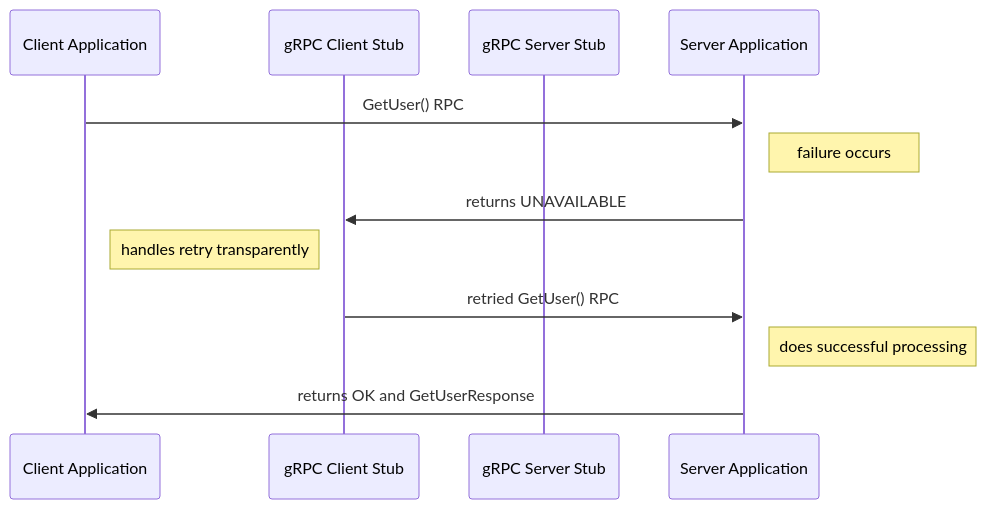
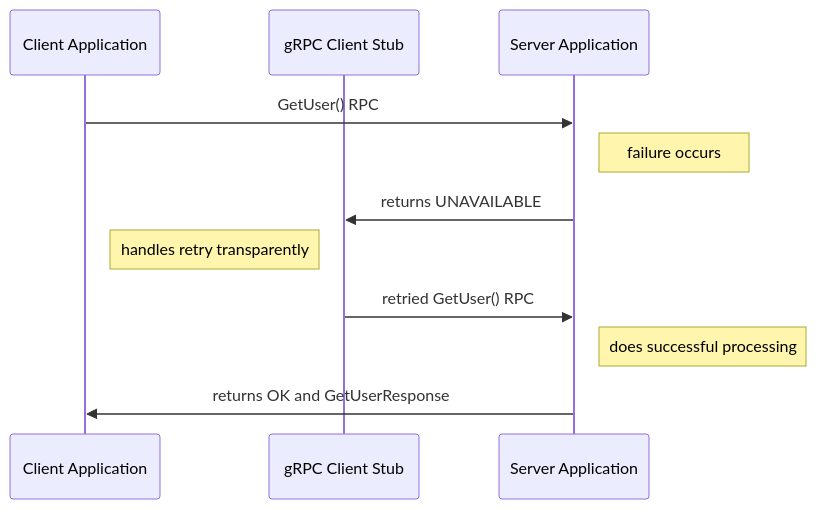
One commit to ghouscht/gRPC-retry-mechanisms-with-go changed the first of 2 diagrams in README.md. Above: the diagram before and after it, drawn with Mermaid. The commit also changed other lines of this file, not shown here.

Commit message:
remove server stub

````diff
--- a/README.md
+++ b/README.md
@@ -21,17 +21,16 @@
 ```mermaid
 sequenceDiagram
     participant Client Application
     participant gRPC Client Stub
-    participant gRPC Server Stub
     participant Server Application
 
     Client Application->>Server Application: GetUser() RPC
     note right of Server Application: failure occurs
 
     Server Application->>gRPC Client Stub: returns UNAVAILABLE
     note left of gRPC Client Stub: handles retry transparently
 
     gRPC Client Stub->>Server Application: retried GetUser() RPC
     note right of Server Application: does successful processing
     Server Application->>Client Application: returns OK and GetUserResponse
 ```
````
